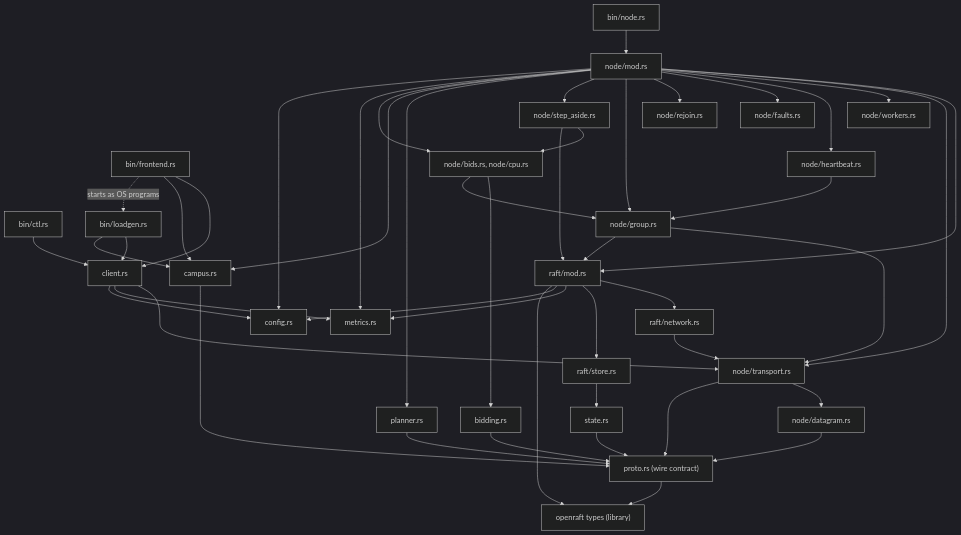
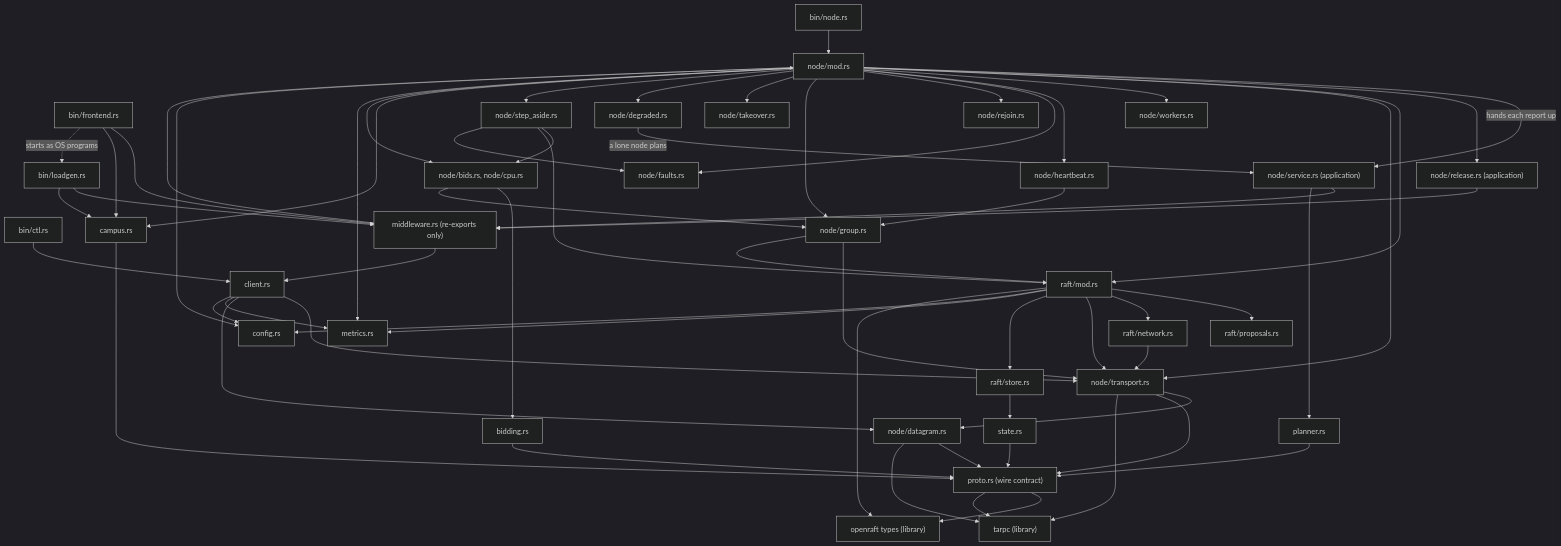
The fifth of 48 diagrams in docs/architecture.md (noortaytoy1/DistributedSystems), drawn with Mermaid (dark theme) before and after one commit. The commit also changed other lines of this file and 2 other files, not shown here.

First line of the commit message:
Apply the diagram review to the architecture docs (D231)

````diff
--- a/docs/architecture.md
+++ b/docs/architecture.md
@@ -325,48 +362,64 @@
 ```mermaid
 flowchart TD
     BNODE["bin/node.rs"] --> NODE["node/mod.rs"]
     BCTL["bin/ctl.rs"] --> CLIENT["client.rs"]
-    BLOAD["bin/loadgen.rs"] --> CLIENT
+    BLOAD["bin/loadgen.rs"] --> MW["middleware.rs (re-exports only)"]
     BLOAD --> CAMPUS["campus.rs"]
-    BFRONT["bin/frontend.rs"] --> CLIENT
+    BFRONT["bin/frontend.rs"] --> MW
     BFRONT --> CAMPUS
     BFRONT -. "starts as OS programs" .-> BLOAD
+    MW --> CLIENT
+    MW --> NODE
+    NODE -->|"hands each report up"| SERVICE["node/service.rs (application)"]
+    SERVICE --> MW
+    NODE --> RELEASE["node/release.rs (application)"]
+    RELEASE --> MW
+    SERVICE --> PLANNER["planner.rs"]
     NODE --> RAFT["raft/mod.rs"]
     NODE --> TRANSPORT["node/transport.rs"]
     NODE --> WORKERS["node/workers.rs"]
     NODE --> HEART["node/heartbeat.rs"]
     NODE --> FAULTS["node/faults.rs"]
     NODE --> REJOIN["node/rejoin.rs"]
     NODE --> GROUP["node/group.rs"]
+    NODE --> TAKE["node/takeover.rs"]
+    NODE --> DEG["node/degraded.rs"]
+    DEG -->|"a lone node plans"| SERVICE
     NODE --> STEPASIDE["node/step_aside.rs"]
     STEPASIDE --> BIDS
     STEPASIDE --> RAFT
+    STEPASIDE --> FAULTS
     HEART --> GROUP
     GROUP --> TRANSPORT
     GROUP --> RAFT
-    NODE --> PLANNER["planner.rs"]
     NODE --> CAMPUS
     NODE --> BIDS["node/bids.rs, node/cpu.rs"]
     BIDS --> BIDDING["bidding.rs"]
     BIDS --> GROUP
+    RAFT --> QUEUE["raft/proposals.rs"]
     RAFT --> NETWORK["raft/network.rs"]
+    RAFT --> TRANSPORT
     RAFT --> STORE["raft/store.rs"]
     NETWORK --> TRANSPORT
     STORE --> STATE["state.rs"]
     CLIENT --> TRANSPORT
+    CLIENT --> DATAGRAM
     TRANSPORT --> DATAGRAM["node/datagram.rs"]
     DATAGRAM --> PROTO
     TRANSPORT --> PROTO["proto.rs (wire contract)"]
     STATE --> PROTO
     PLANNER --> PROTO
     BIDDING --> PROTO
     CAMPUS --> PROTO
     NODE --> METRICS["metrics.rs"]
     RAFT --> METRICS
     CLIENT --> METRICS
     NODE --> CONFIG["config.rs"]
     RAFT --> CONFIG
     CLIENT --> CONFIG
     PROTO --> OR["openraft types (library)"]
     RAFT --> OR
+    PROTO --> TARPC["tarpc (library)"]
+    TRANSPORT --> TARPC
+    DATAGRAM --> TARPC
 ```
````
